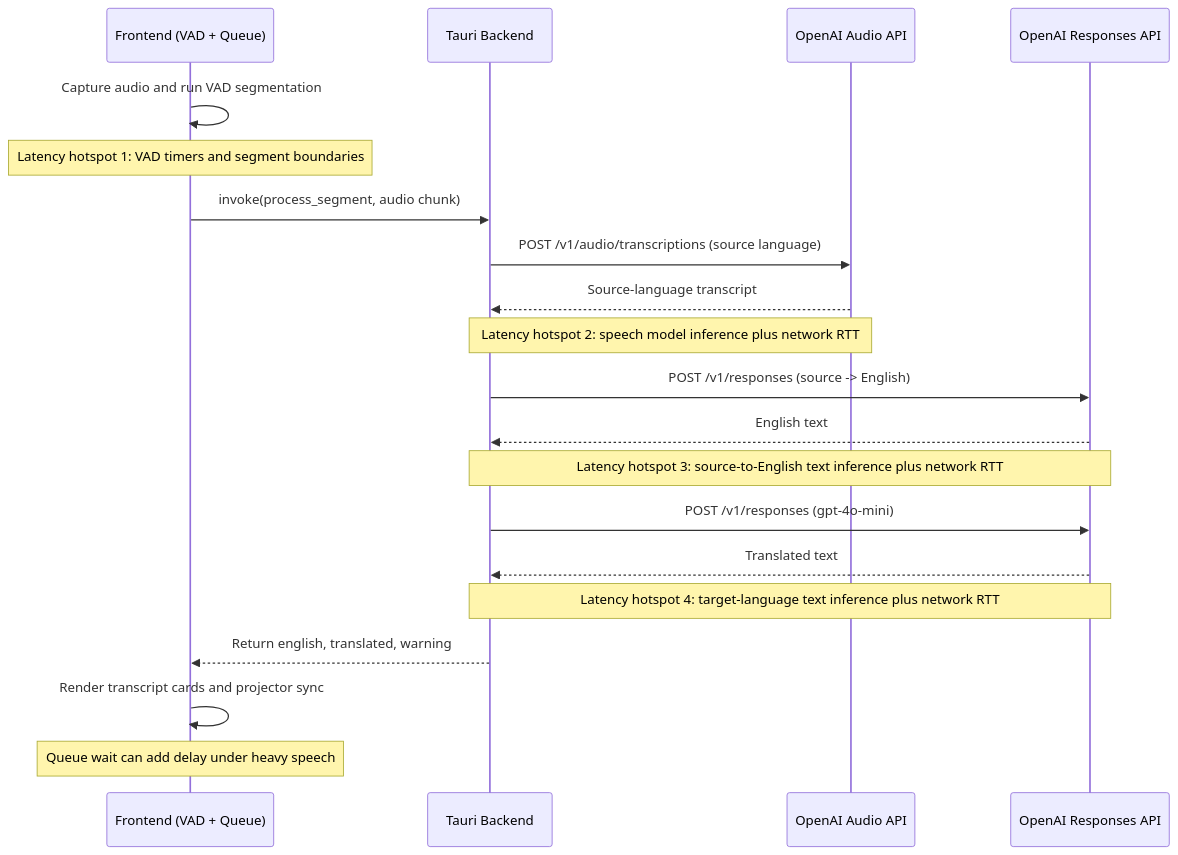
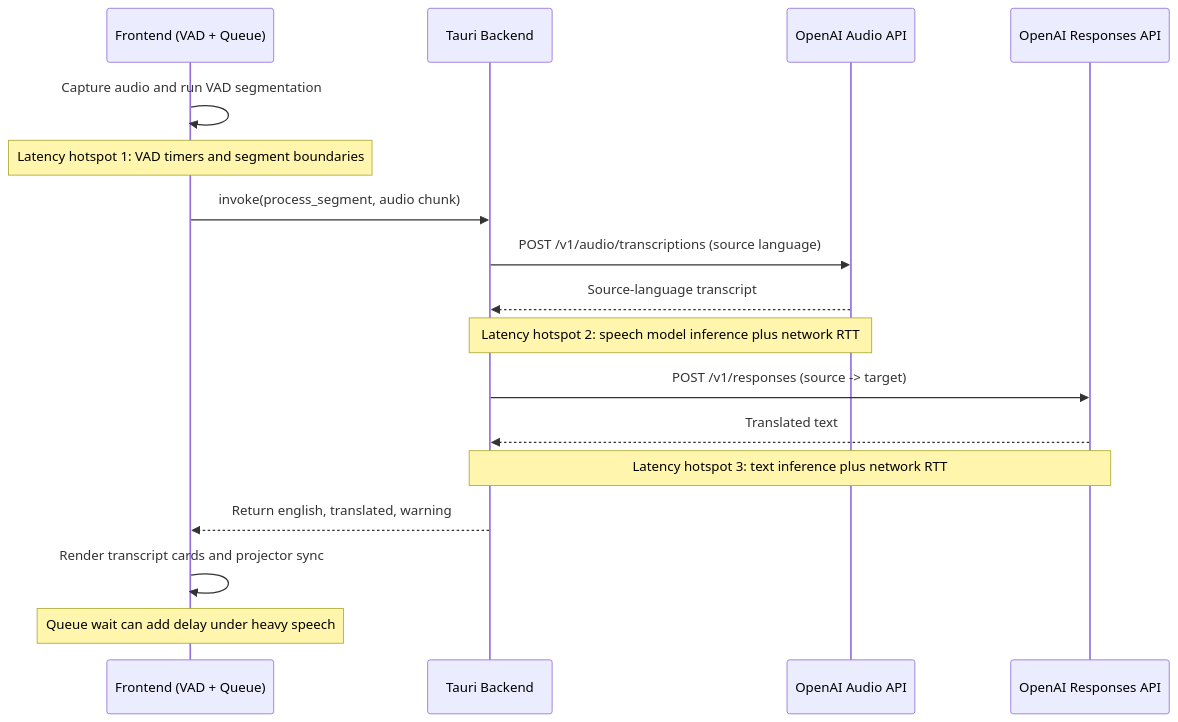
Before and after one commit to Championzb/church-live-audio-stream-translate: the diagram in docs/TRANSLATION_PIPELINE.md, drawn with Mermaid. The commit also changed other lines of this file and 2 other files, not shown here.

Commit message:
Switch non-English translation to direct source-to-target flow

````diff
--- a/docs/TRANSLATION_PIPELINE.md
+++ b/docs/TRANSLATION_PIPELINE.md
@@ -36,27 +36,23 @@
 ```mermaid
 sequenceDiagram
   participant FE as Frontend (VAD + Queue)
   participant BE as Tauri Backend
   participant OA as OpenAI Audio API
   participant OR as OpenAI Responses API
 
   FE->>FE: Capture audio and run VAD segmentation
   Note over FE: Latency hotspot 1: VAD timers and segment boundaries
 
   FE->>BE: invoke(process_segment, audio chunk)
   BE->>OA: POST /v1/audio/transcriptions (source language)
   OA-->>BE: Source-language transcript
   Note over OA,BE: Latency hotspot 2: speech model inference plus network RTT
 
-  BE->>OR: POST /v1/responses (source -> English)
-  OR-->>BE: English text
-  Note over OR,BE: Latency hotspot 3: source-to-English text inference plus network RTT
-
-  BE->>OR: POST /v1/responses (gpt-4o-mini)
+  BE->>OR: POST /v1/responses (source -> target)
   OR-->>BE: Translated text
-  Note over OR,BE: Latency hotspot 4: target-language text inference plus network RTT
+  Note over OR,BE: Latency hotspot 3: text inference plus network RTT
 
   BE-->>FE: Return english, translated, warning
   FE->>FE: Render transcript cards and projector sync
   Note over FE: Queue wait can add delay under heavy speech
 ```
````
